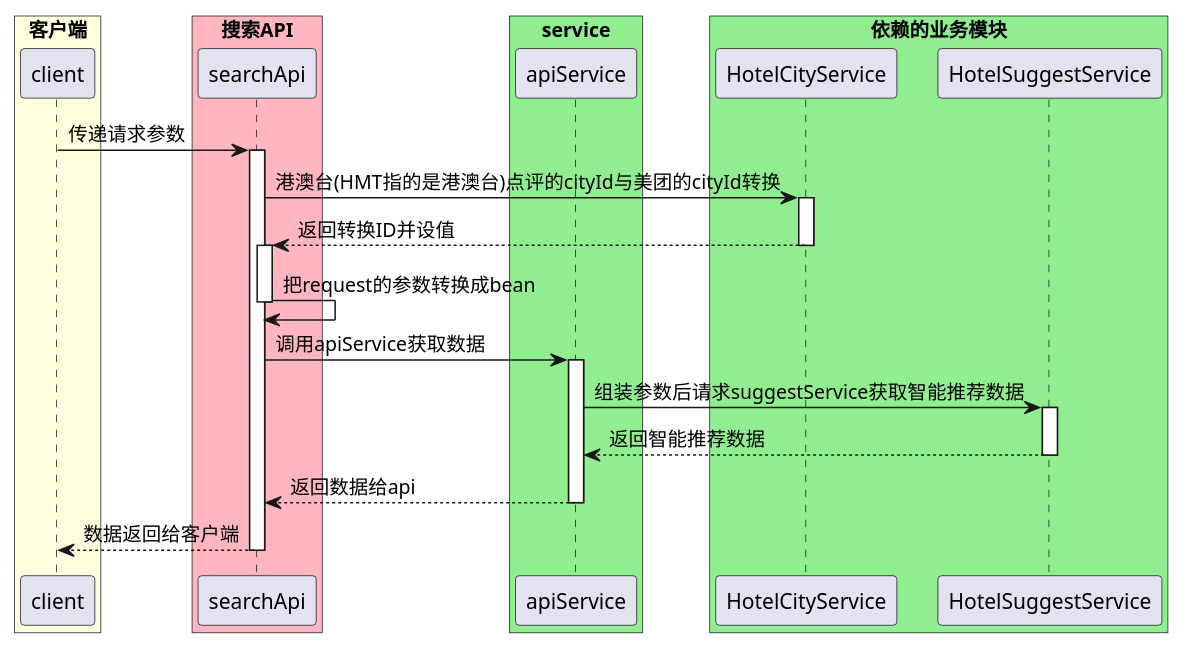
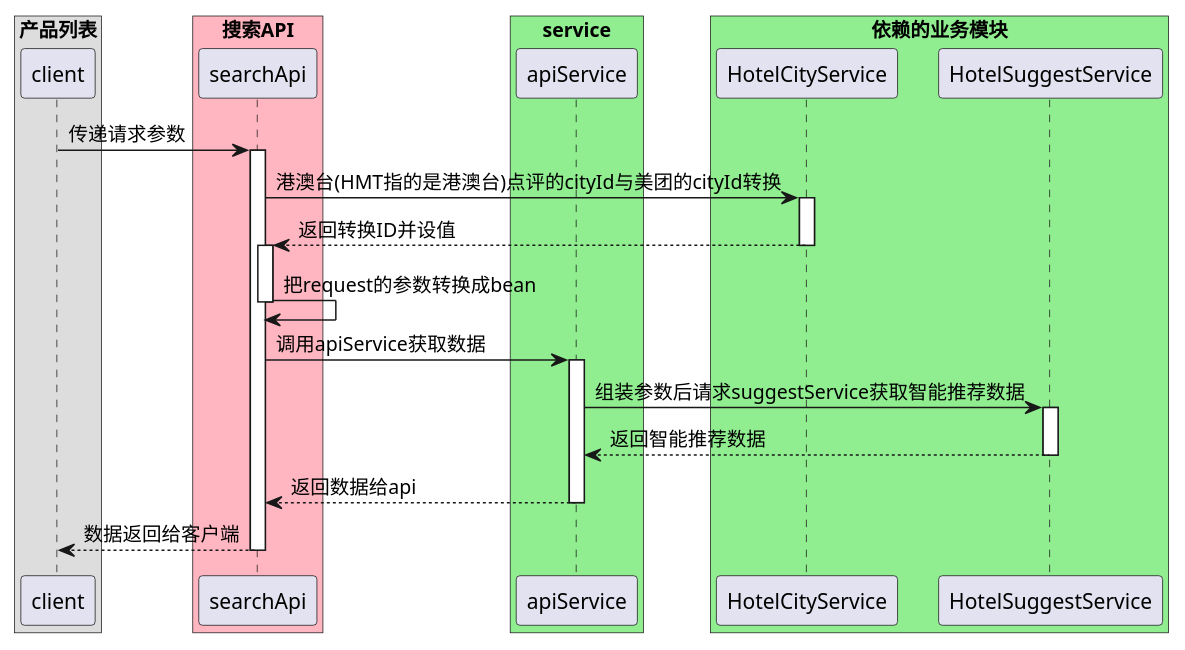
One commit to wuyanzcwork/what changed the diagram in src/main/java/com/zc/uml/searchSuggest.puml. Above: the diagram before and after it, drawn with PlantUML. The commit also changed 24 other files, not shown here.

```diff
--- a/src/main/java/com/zc/uml/searchSuggest.puml
+++ b/src/main/java/com/zc/uml/searchSuggest.puml
@@ -1,46 +1,46 @@
 @startuml
 
 /'定义各个模块'/
 
-box "客户端" #LightYellow
+box "产品列表"
 participant client as client
 end box
 
 box "搜索API" #LightPink
 participant searchApi as api
 end box
 
 box "service" #LightGreen
 participant apiService as service
 end box
 
 box "依赖的业务模块" #LightGreen
     participant HotelCityService as hotelCityService
     participant HotelSuggestService as suggestService
 end box
 
 /'模块之间依赖关系'/
 client -> api:传递请求参数
 activate api
 
 api->hotelCityService:港澳台(HMT指的是港澳台)点评的cityId与美团的cityId转换
 activate hotelCityService
 hotelCityService-->api:返回转换ID并设值
 deactivate hotelCityService
 
 activate api
 api->api:把request的参数转换成bean
 deactivate api
 
 api->service:调用apiService获取数据
 activate service
 service -> suggestService: 组装参数后请求suggestService获取智能推荐数据
 activate suggestService
 suggestService-->service:返回智能推荐数据
 deactivate suggestService
 service-->api: 返回数据给api
 deactivate service
 api-->client:数据返回给客户端
 deactivate api
 
 @enduml
```
